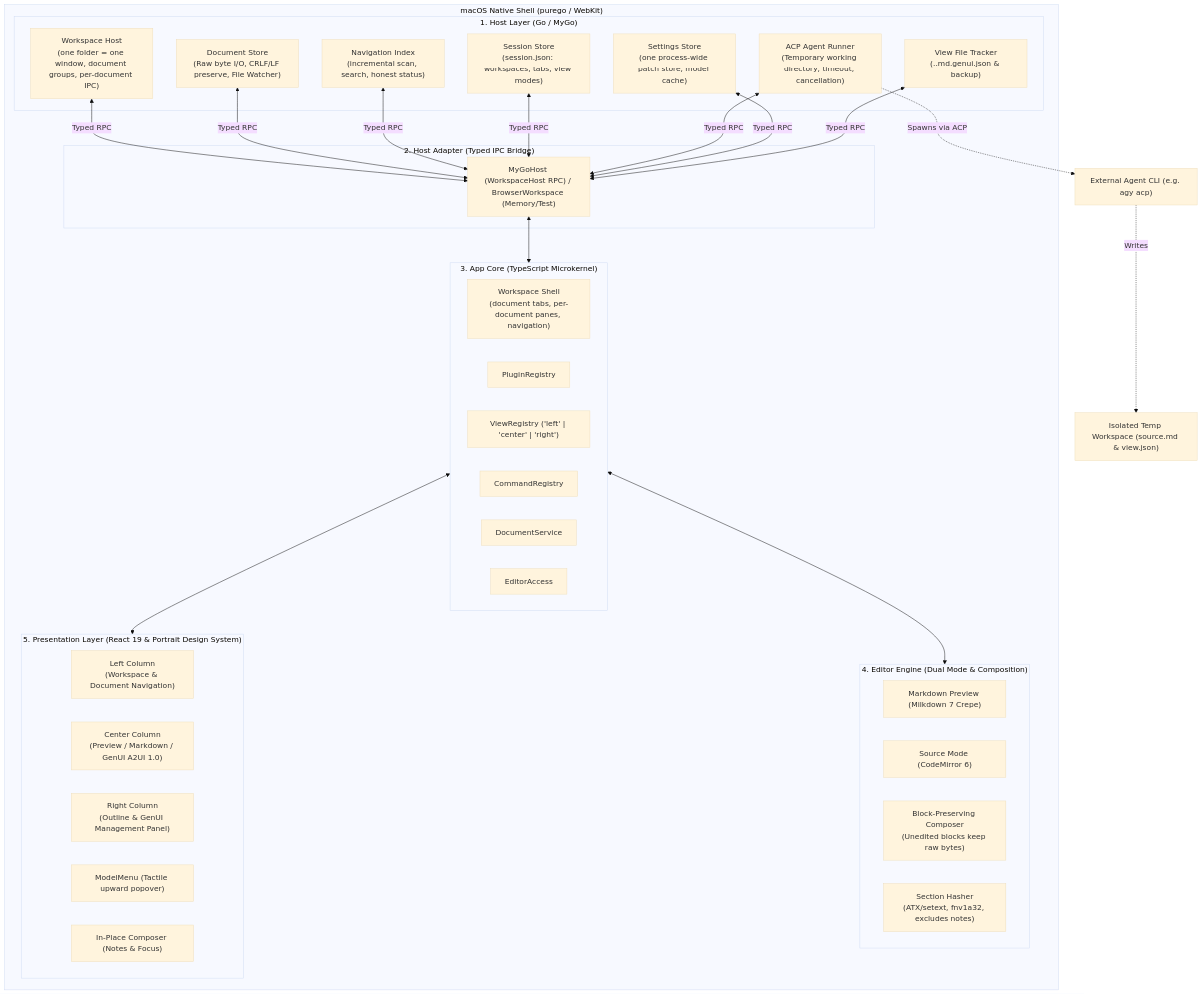
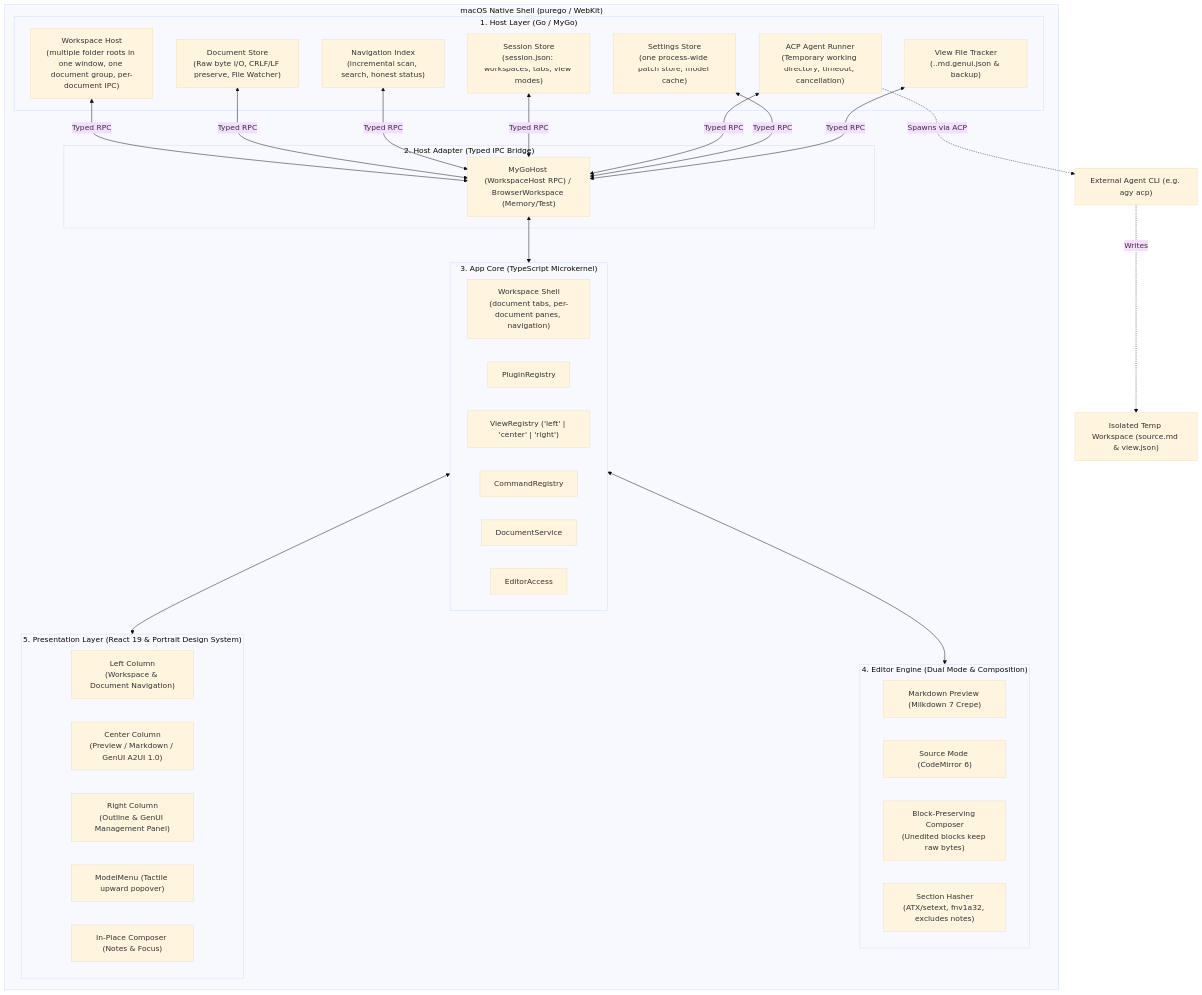
The first of 2 diagrams in ARCHITECTURE.md (Bayern99/mark-go-go), drawn with Mermaid (base theme) before and after one commit. The commit also changed other lines of this file and 30 other files, not shown here.

Commit message:
Share one window across Markdown workspaces

````diff
--- a/ARCHITECTURE.md
+++ b/ARCHITECTURE.md
@@ -14,57 +14,57 @@
 ```mermaid
 graph TD
     subgraph macOmerS Desktop ["macOS Native Shell (purego / WebKit)"]
         subgraph HostLayer ["1. Host Layer (Go / MyGo)"]
-            Workspaces["Workspace Host<br/>(one folder = one window, document groups, per-document IPC)"]
+            Workspaces["Workspace Host<br/>(multiple folder roots in one window, one document group, per-document IPC)"]
             DocStore["Document Store<br/>(Raw byte I/O, CRLF/LF preserve, File Watcher)"]
             NavIndex["Navigation Index<br/>(incremental scan, search, honest status)"]
             SessionStore["Session Store<br/>(session.json: workspaces, tabs, view modes)"]
             AgentRunner["ACP Agent Runner<br/>(Temporary working directory, timeout, cancellation)"]
             SettingsStore["Settings Store<br/>(one process-wide patch store, model cache)"]
             ViewTracker["View File Tracker<br/>(.<doc>.md.genui.json & backup)"]
         end
 
         subgraph IPC ["2. Host Adapter (Typed IPC Bridge)"]
             MyGoHost["MyGoHost (WorkspaceHost RPC) / BrowserWorkspace (Memory/Test)"]
         end
 
         subgraph CoreLayer ["3. App Core (TypeScript Microkernel)"]
             Shell["Workspace Shell<br/>(document tabs, per-document panes, navigation)"]
             PluginReg["PluginRegistry"]
             ViewReg["ViewRegistry ('left' | 'center' | 'right')"]
             CmdReg["CommandRegistry"]
             DocSvc["DocumentService"]
             EditorAccess["EditorAccess"]
         end
 
         subgraph EditorLayer ["4. Editor Engine (Dual Mode & Composition)"]
             Preview["Markdown Preview (Milkdown 7 Crepe)"]
             Source["Source Mode (CodeMirror 6)"]
             Compose["Block-Preserving Composer<br/>(Unedited blocks keep raw bytes)"]
             SectionHash["Section Hasher<br/>(ATX/setext, fnv1a32, excludes notes)"]
         end
 
         subgraph UILayer ["5. Presentation Layer (React 19 & Portrait Design System)"]
             LeftCol["Left Column<br/>(Workspace & Document Navigation)"]
             CenterCol["Center Column<br/>(Preview / Markdown / GenUI A2UI 1.0)"]
             RightCol["Right Column<br/>(Outline & GenUI Management Panel)"]
             ModelMenu["ModelMenu (Tactile upward popover)"]
             Composer["In-Place Composer (Notes & Focus)"]
         end
     end
 
     Workspaces <-->|Typed RPC| MyGoHost
     DocStore <-->|Typed RPC| MyGoHost
     NavIndex <-->|Typed RPC| MyGoHost
     SessionStore <-->|Typed RPC| MyGoHost
     AgentRunner <-->|Typed RPC| MyGoHost
     SettingsStore <-->|Typed RPC| MyGoHost
     ViewTracker <-->|Typed RPC| MyGoHost
 
     MyGoHost <--> CoreLayer
     CoreLayer <--> EditorLayer
     CoreLayer <--> UILayer
 
     AgentRunner -.->|Spawns via ACP| ExternalAgent["External Agent CLI (e.g. agy acp)"]
     ExternalAgent -.->|Writes| IsolatedWorkspace["Isolated Temp Workspace (source.md & view.json)"]
 ```
````
